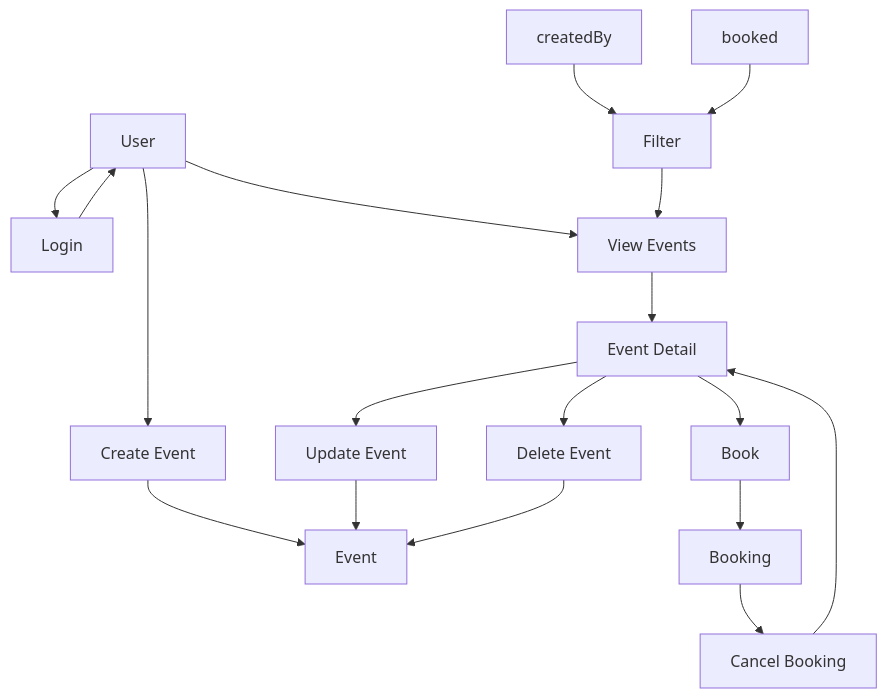
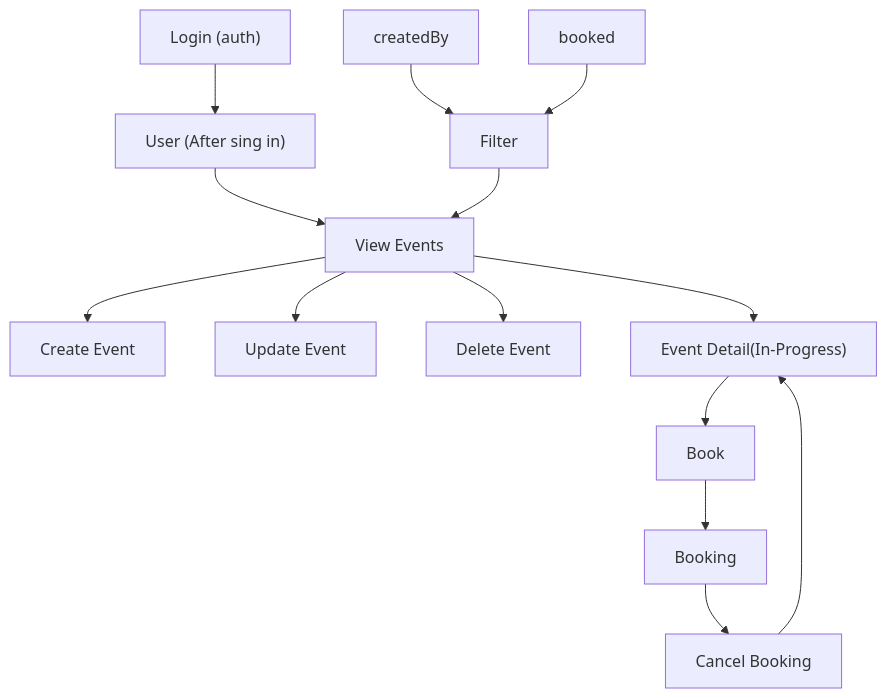
The second of 15 diagrams in README.md (wakidurrahman/meeting-schedule-apps), drawn with Mermaid before and after one commit. The commit also changed other lines of this file and 22 other files, not shown here.

````diff
--- a/README.md
+++ b/README.md
@@ -57,28 +68,27 @@
 ```mermaid
 graph TD
-U["User"]
-L["Login"]
+U["User (After sing in)"]
+L["Login (auth)"]
 CE["Create Event"]
 UE["Update Event"]
 DE["Delete Event"]
 VE["View Events"]
 F["Filter"]
 F1["createdBy"]
 F2["booked"]
-EV["Event"]
-ED["Event Detail"]
+ED["Event Detail(In-Progress)"]
 BK["Book"]
 CB["Cancel Booking"]
 B["Booking"]
 
-U --> L --> U
-U --> CE --> EV
+L --> U
+VE --> CE
+VE --> UE
+VE --> DE
 U --> VE --> ED
-ED --> UE --> EV
-ED --> DE --> EV
 ED --> BK --> B
 B --> CB --> ED
 F1 --> F
 F2 --> F
 F --> VE
 ```
````
